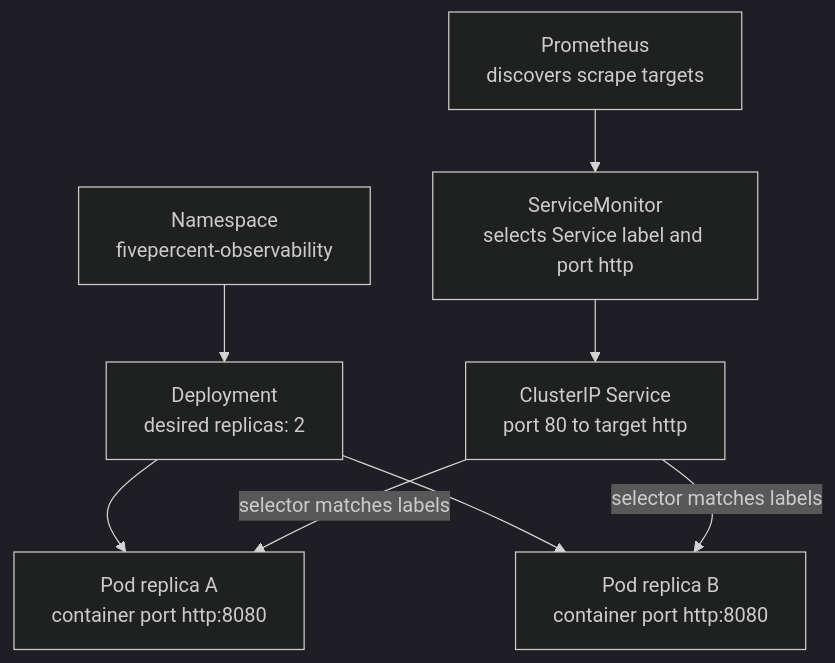
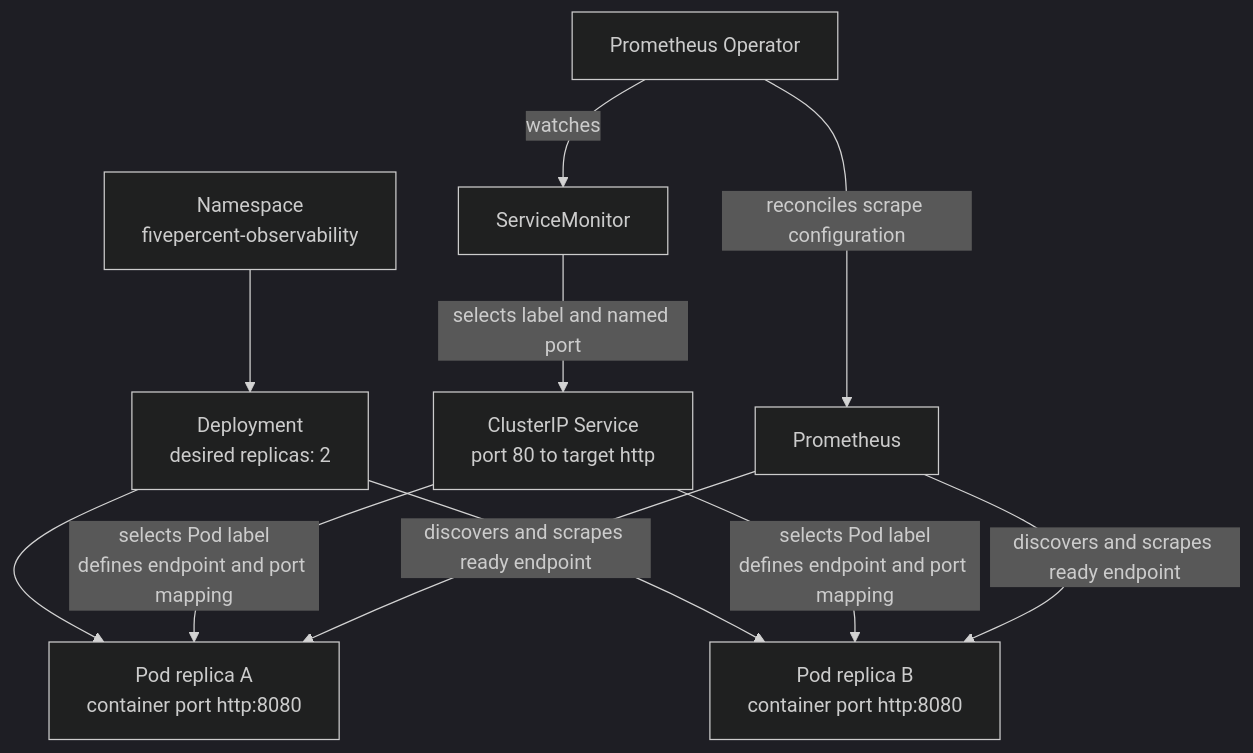
One commit to hazemataya94/5percent-observability changed the second of 3 diagrams in docs/fundamentals/02-kubernetes-primer.md. Above: the diagram before and after it, drawn with Mermaid (dark theme). The commit also changed other lines of this file and 1 other file, not shown here.

````diff
--- a/docs/fundamentals/02-kubernetes-primer.md
+++ b/docs/fundamentals/02-kubernetes-primer.md
@@ -63,10 +116,13 @@
 ```mermaid
 flowchart TD
   namespace["Namespace<br>fivepercent-observability"] --> deployment["Deployment<br>desired replicas: 2"]
   deployment --> podA["Pod replica A<br>container port http:8080"]
   deployment --> podB["Pod replica B<br>container port http:8080"]
-  service["ClusterIP Service<br>port 80 to target http"] -->|"selector matches labels"| podA
-  service -->|"selector matches labels"| podB
-  monitor["ServiceMonitor<br>selects Service label and port http"] --> service
-  prometheus["Prometheus<br>discovers scrape targets"] --> monitor
+  service["ClusterIP Service<br>port 80 to target http"] -->|"selects Pod label<br>defines endpoint and port mapping"| podA
+  service -->|"selects Pod label<br>defines endpoint and port mapping"| podB
+  operator["Prometheus Operator"] -->|"watches"| monitor["ServiceMonitor"]
+  monitor -->|"selects label and named port"| service
+  operator -->|"reconciles scrape configuration"| prometheus["Prometheus"]
+  prometheus -->|"discovers and scrapes ready endpoint"| podA
+  prometheus -->|"discovers and scrapes ready endpoint"| podB
 ```
````
